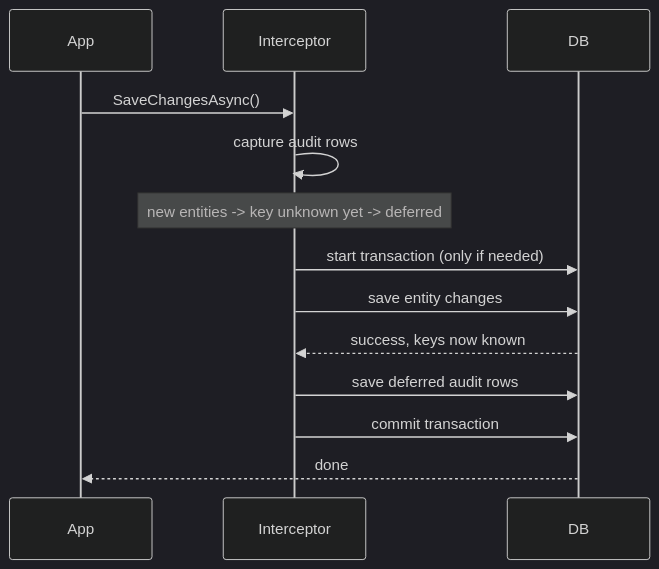
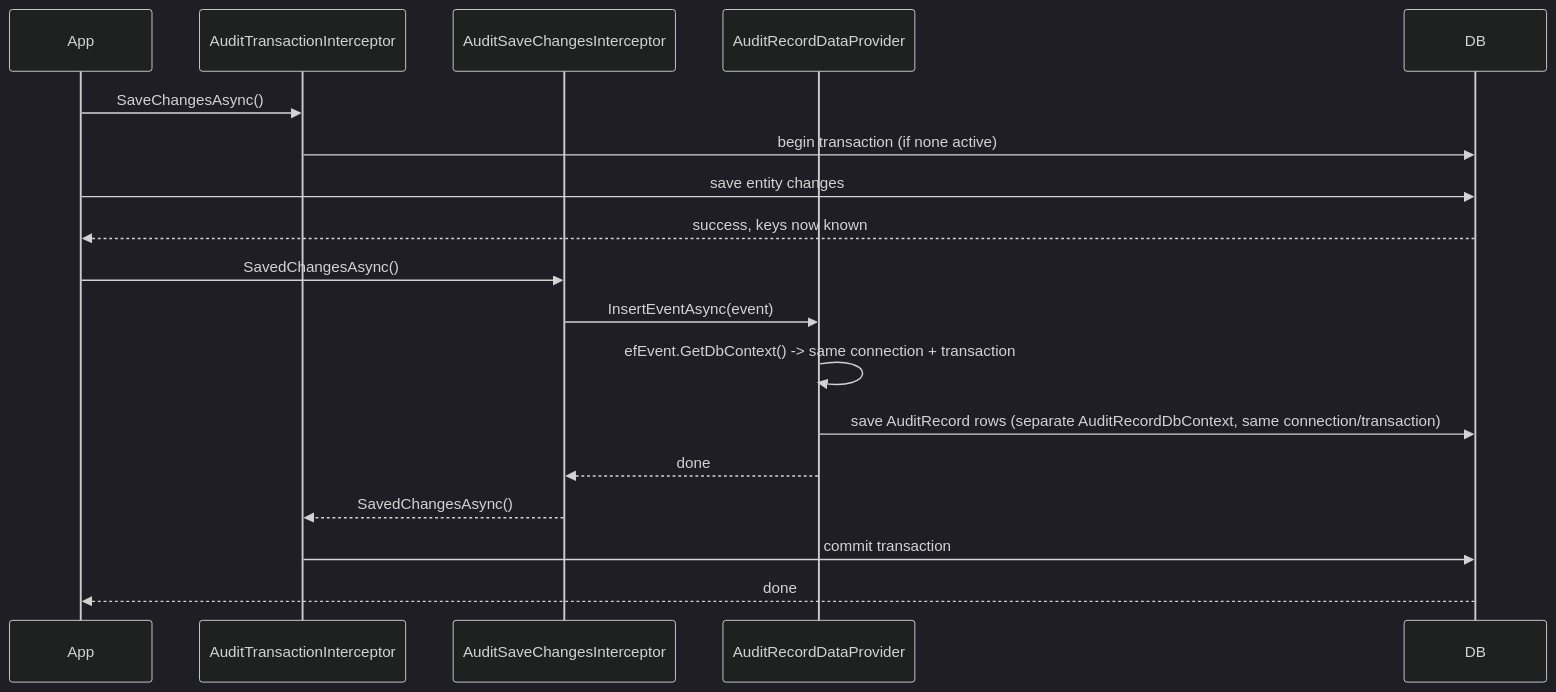
Before and after one commit to bcgov/unified-scheduling: the diagram in api/Unified.Audit/README.md, drawn with Mermaid (dark theme). The commit also changed other lines of this file and 15 other files, not shown here.

Commit message:
api: wip audit .net lib implementation

````diff
--- a/api/Unified.Audit/README.md
+++ b/api/Unified.Audit/README.md
@@ -15,16 +95,21 @@
 ```mermaid
 sequenceDiagram
     participant App
-    participant Interceptor
+    participant TxInterceptor as AuditTransactionInterceptor
+    participant AuditNet as AuditSaveChangesInterceptor
+    participant Provider as AuditRecordDataProvider
     participant DB
 
-    App->>Interceptor: SaveChangesAsync()
-    Interceptor->>Interceptor: capture audit rows
-    Note over Interceptor: new entities -> key unknown yet -> deferred
-    Interceptor->>DB: start transaction (only if needed)
-    Interceptor->>DB: save entity changes
-    DB-->>Interceptor: success, keys now known
-    Interceptor->>DB: save deferred audit rows
-    Interceptor->>DB: commit transaction
+    App->>TxInterceptor: SaveChangesAsync()
+    TxInterceptor->>DB: begin transaction (if none active)
+    App->>DB: save entity changes
+    DB-->>App: success, keys now known
+    App->>AuditNet: SavedChangesAsync()
+    AuditNet->>Provider: InsertEventAsync(event)
+    Provider->>Provider: efEvent.GetDbContext() -> same connection + transaction
+    Provider->>DB: save AuditRecord rows (separate AuditRecordDbContext, same connection/transaction)
+    Provider-->>AuditNet: done
+    AuditNet-->>TxInterceptor: SavedChangesAsync()
+    TxInterceptor->>DB: commit transaction
     DB-->>App: done
 ```
````
